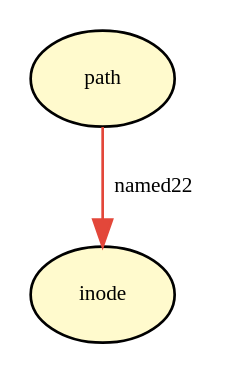
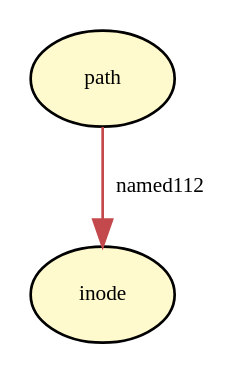
The diagram in tmp/provenance_inode_setxattr.dot (TinkerBellSystem/graph-matching), drawn with Graphviz before and after one commit. The commit also changed 76 other files, not shown here.

```diff
--- a/tmp/provenance_inode_setxattr.dot
+++ b/tmp/provenance_inode_setxattr.dot
@@ -1,7 +1,7 @@
 digraph RGL__DirectedAdjacencyGraph {path[fontsize = 8,label = "path",shape = ellipse, fillcolor="#fffacd", style = filled]
 
 inode[fontsize = 8,label = "inode",shape = ellipse, fillcolor="#fffacd", style = filled]
 
-path -> inode[fontsize = 8,label = "named22", color="#e3473a"]
+path -> inode[fontsize = 8,label = "named112", color="#c3494c"]
 
 }
```
